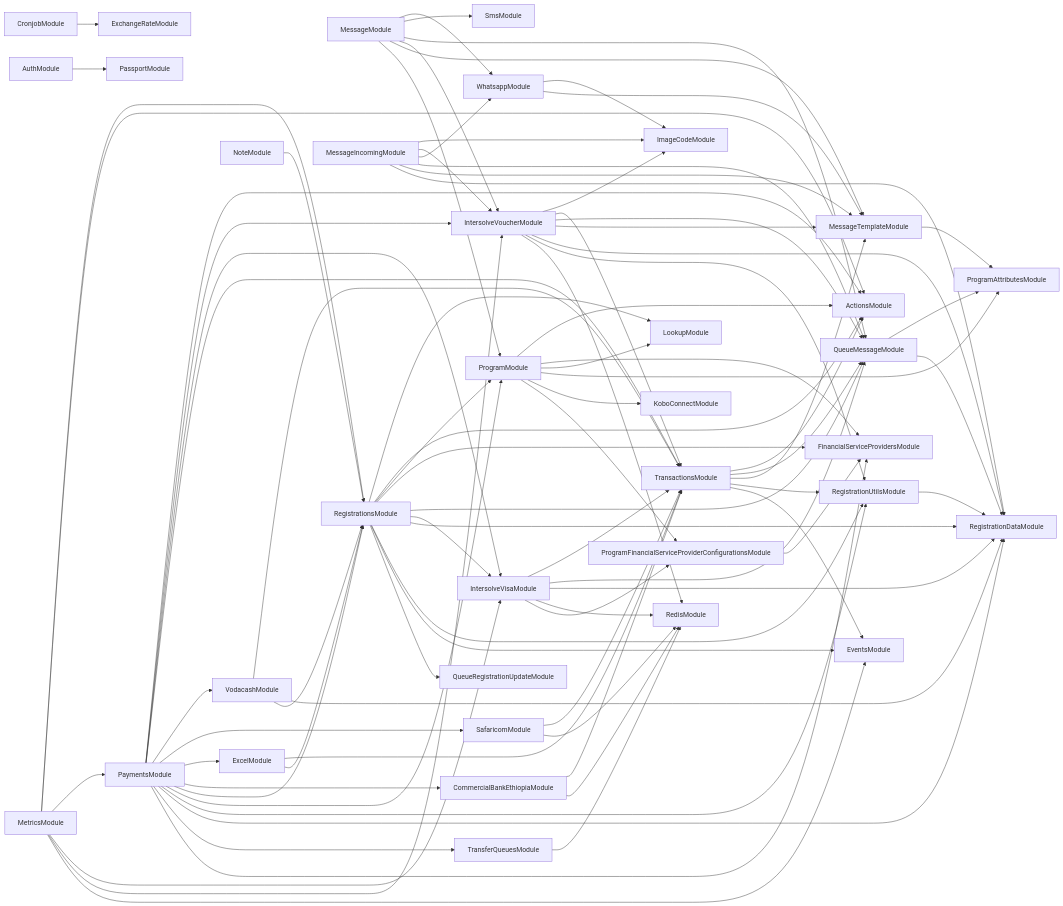
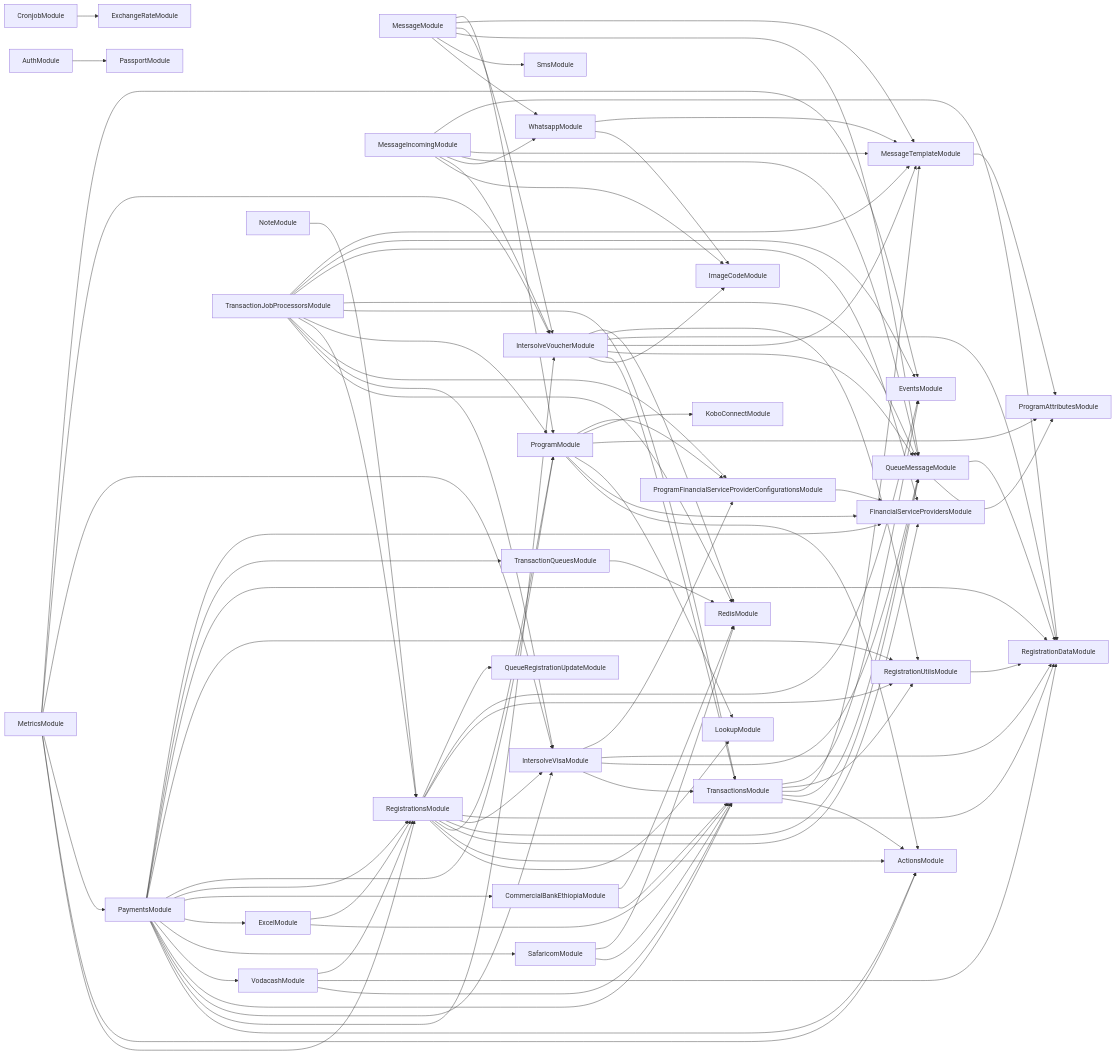
The diagram in services/121-service/module-dependencies.md (global-121/121-platform), drawn with Mermaid before and after one commit. The commit also changed 107 other files, not shown here.

First line of the commit message:
Re-implement process intersolve visa transfer job (#5366)

````diff
--- a/services/121-service/module-dependencies.md
+++ b/services/121-service/module-dependencies.md
@@ -44,7 +44,6 @@
   IntersolveVisaModule-->TransactionsModule
   IntersolveVisaModule-->QueueMessageModule
   IntersolveVisaModule-->RegistrationDataModule
-  IntersolveVisaModule-->RedisModule
   IntersolveVisaModule-->ProgramFinancialServiceProviderConfigurationsModule
   RegistrationsModule-->RegistrationDataModule
   RegistrationsModule-->RegistrationUtilsModule
@@ -73,8 +72,8 @@
   PaymentsModule-->ProgramModule
   PaymentsModule-->RegistrationUtilsModule
   PaymentsModule-->RegistrationDataModule
-  PaymentsModule-->TransferQueuesModule
-  TransferQueuesModule-->RedisModule
+  PaymentsModule-->TransactionQueuesModule
+  TransactionQueuesModule-->RedisModule
   PaymentsModule-->FinancialServiceProvidersModule
   MetricsModule-->IntersolveVisaModule
   MetricsModule-->IntersolveVoucherModule
@@ -87,4 +86,14 @@
   MessageIncomingModule-->RegistrationDataModule
   NoteModule-->RegistrationsModule
   AuthModule-->PassportModule
+  TransactionJobProcessorsModule-->RedisModule
+  TransactionJobProcessorsModule-->IntersolveVisaModule
+  TransactionJobProcessorsModule-->ProgramFinancialServiceProviderConfigurationsModule
+  TransactionJobProcessorsModule-->RegistrationsModule
+  TransactionJobProcessorsModule-->ProgramModule
+  TransactionJobProcessorsModule-->TransactionsModule
+  TransactionJobProcessorsModule-->QueueMessageModule
+  TransactionJobProcessorsModule-->FinancialServiceProvidersModule
+  TransactionJobProcessorsModule-->EventsModule
+  TransactionJobProcessorsModule-->MessageTemplateModule
 ```
````
